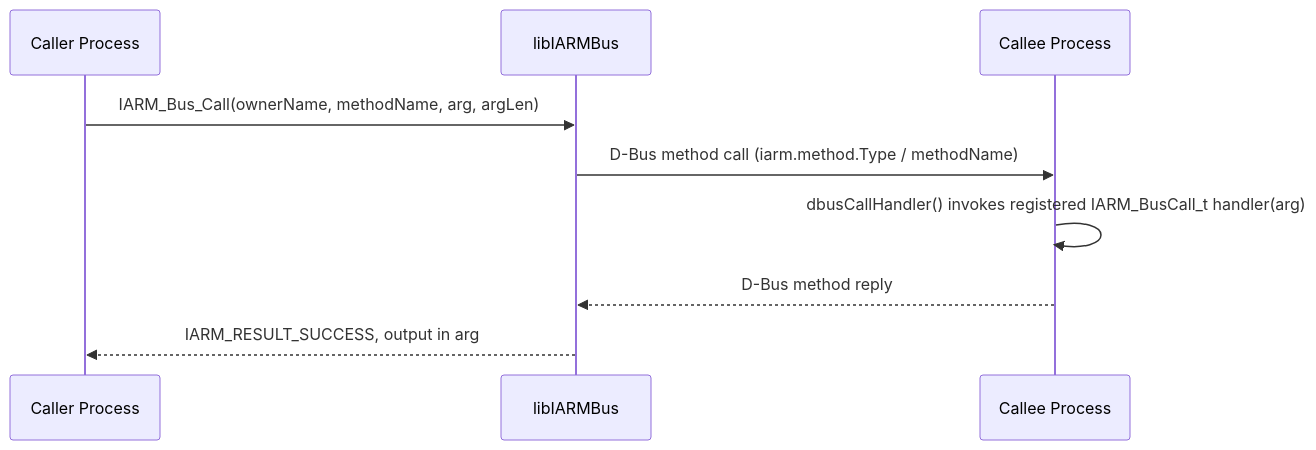
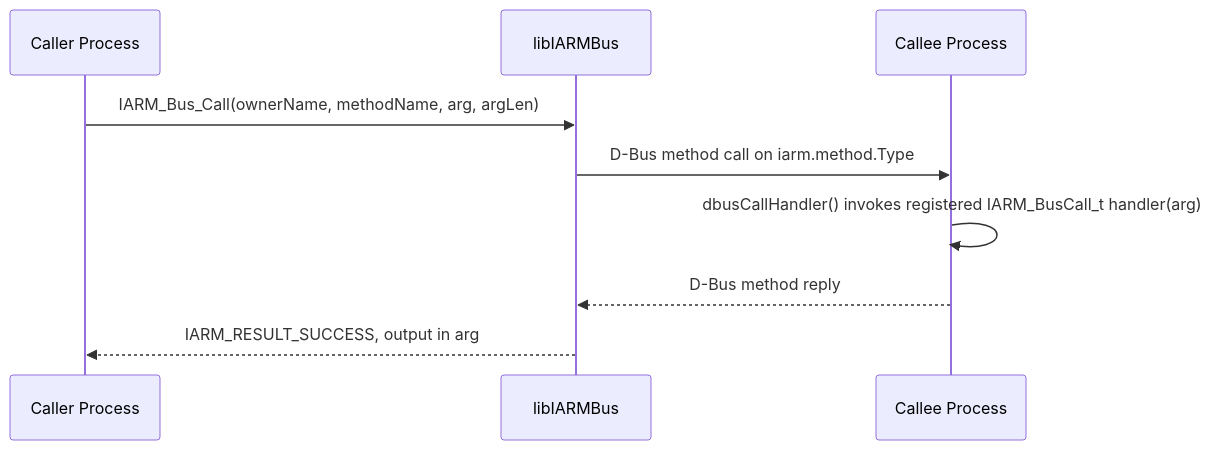
One commit to rns21/RDK_Documentation changed the seventh of 8 diagrams in docs/docu/RDKV-Documentations/iarmbus.md. Above: the diagram before and after it, drawn with Mermaid. The commit also changed other lines of this file, not shown here.

````diff
--- a/docs/docu/RDKV-Documentations/iarmbus.md
+++ b/docs/docu/RDKV-Documentations/iarmbus.md
@@ -289,12 +289,12 @@
 ```mermaid
 sequenceDiagram
     participant Caller as Caller Process
     participant Bus as libIARMBus
     participant Callee as Callee Process
 
     Caller->>Bus: IARM_Bus_Call(ownerName, methodName, arg, argLen)
-    Bus->>Callee: D-Bus method call (iarm.method.Type / methodName)
+    Bus->>Callee: D-Bus method call on iarm.method.Type
     Callee->>Callee: dbusCallHandler() invokes registered IARM_BusCall_t handler(arg)
     Callee-->>Bus: D-Bus method reply
     Bus-->>Caller: IARM_RESULT_SUCCESS, output in arg
 ```
````
